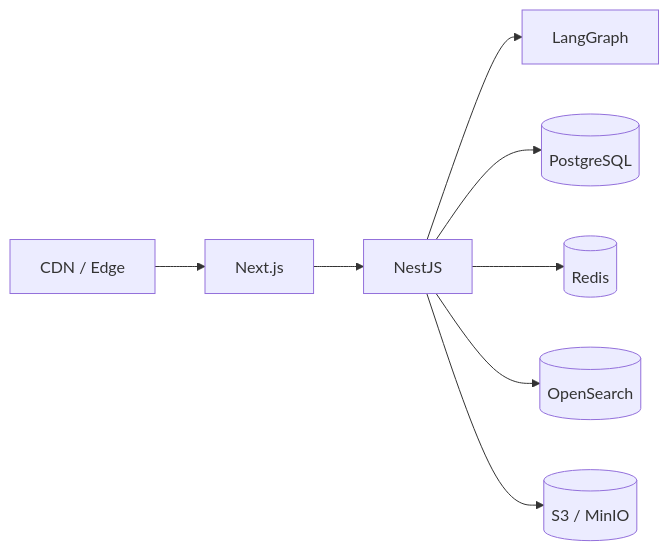
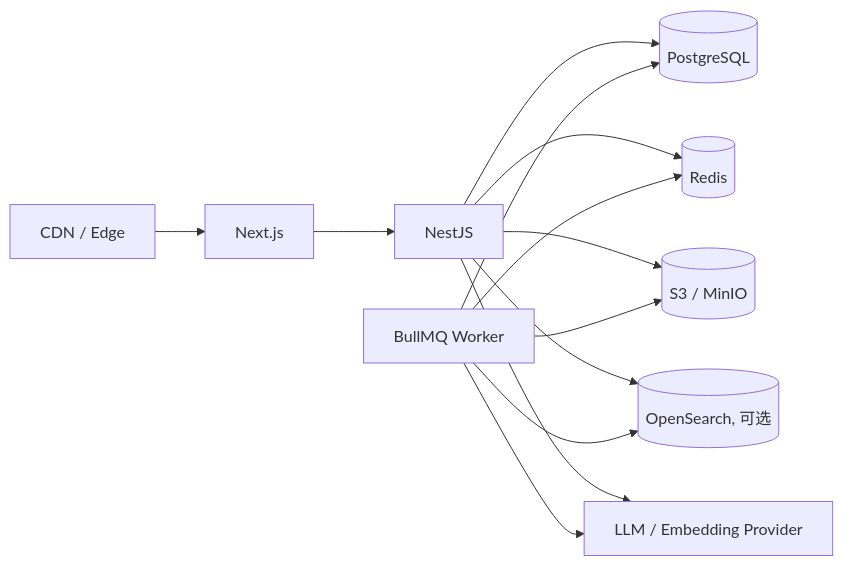
Diagram 15 of 15 in docs/technical-architecture.md (583175694/alpha-sight), drawn with Mermaid before and after one commit. The commit also changed other lines of this file and 1 other file, not shown here.

First line of the commit message:
feat: update technical architecture documentation for v0.3

````diff
--- a/docs/technical-architecture.md
+++ b/docs/technical-architecture.md
@@ -896,19 +1106,25 @@
 ```mermaid
 flowchart LR
     CDN[CDN / Edge]
     WEB[Next.js]
     API[NestJS]
-    AI[LangGraph]
+    WORKER[BullMQ Worker]
     PG[(PostgreSQL)]
     REDIS[(Redis)]
-    OS[(OpenSearch)]
     OBJ[(S3 / MinIO)]
+    OS[(OpenSearch, 可选)]
+    LLM[LLM / Embedding Provider]
 
     CDN --> WEB
     WEB --> API
-    API --> AI
     API --> PG
     API --> REDIS
+    API --> OBJ
     API --> OS
-    API --> OBJ
+    API --> LLM
+    WORKER --> REDIS
+    WORKER --> PG
+    WORKER --> OBJ
+    WORKER --> OS
+    WORKER --> LLM
 ```
````
